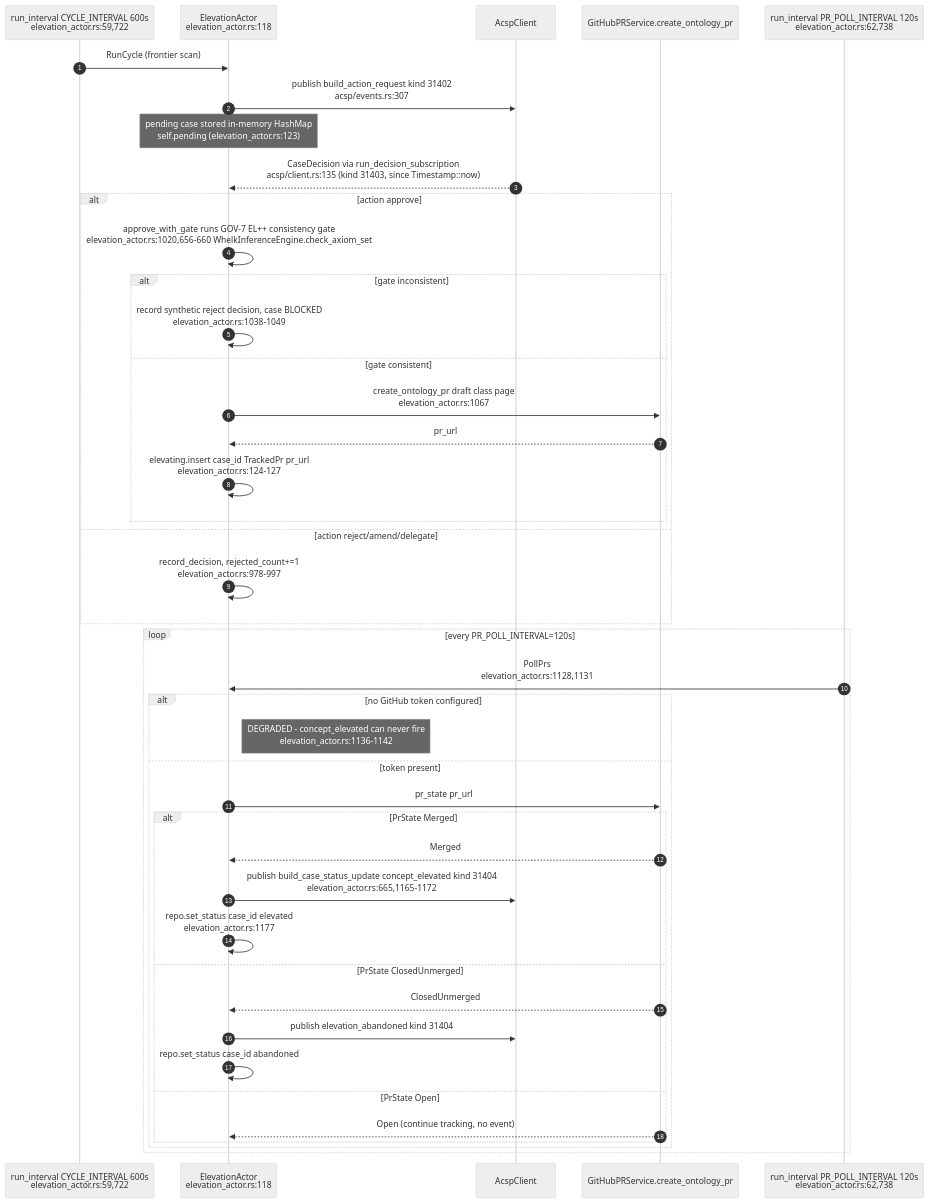
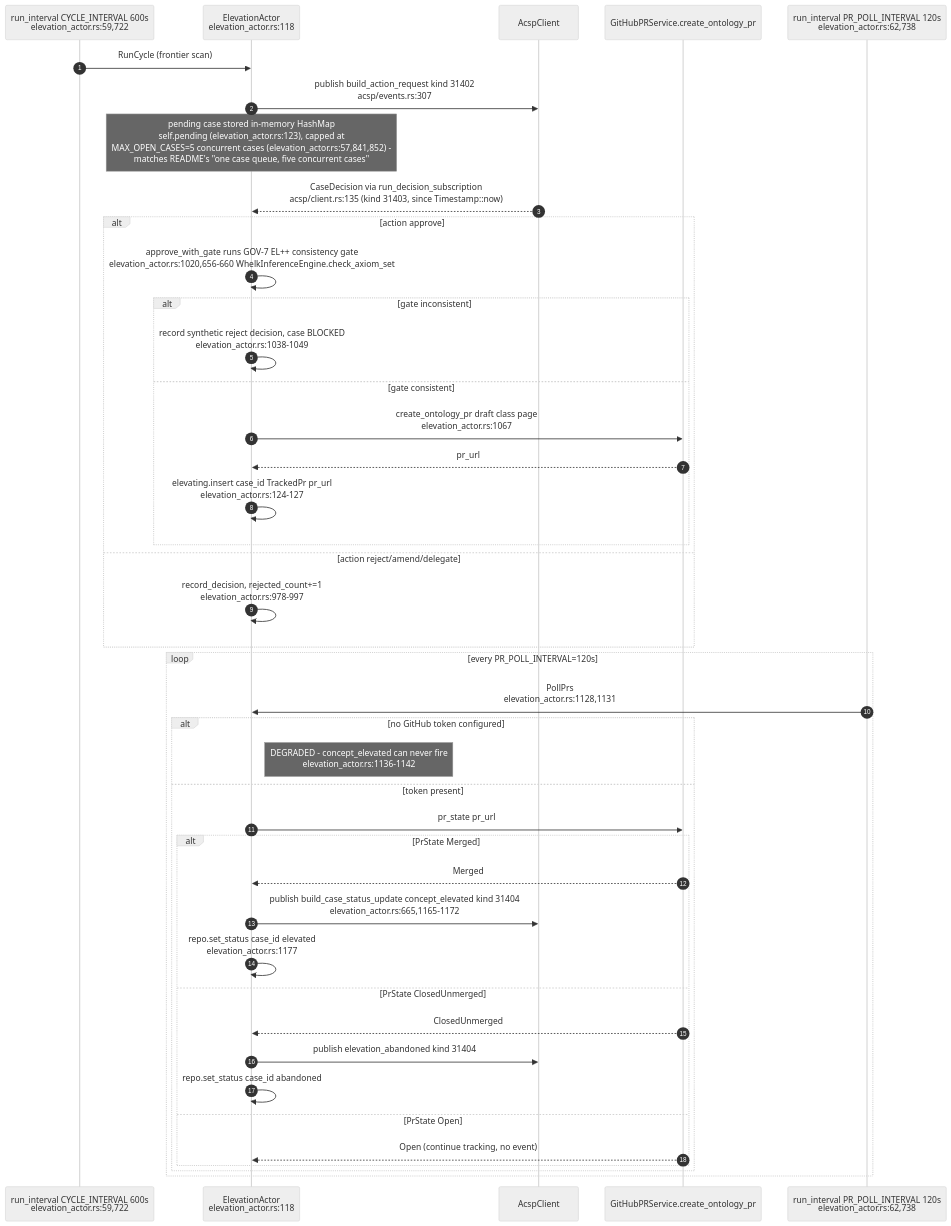
The fourth of 11 diagrams in docs/diagrams/visionclaw/24-acsp-decision-elevation.md (DreamLab-AI/VisionFlow), drawn with Mermaid (neutral theme) before and after one commit. The commit also changed other lines of this file and 185 other files, not shown here.

Commit message:
docs(estate): reconcile diagrams and ADRs with source and define closeout sprint

````diff
--- a/docs/diagrams/visionclaw/24-acsp-decision-elevation.md
+++ b/docs/diagrams/visionclaw/24-acsp-decision-elevation.md
@@ -140,44 +141,44 @@
 ```mermaid
 sequenceDiagram
     autonumber
     participant CYCLE as run_interval CYCLE_INTERVAL 600s<br/>elevation_actor.rs:59,722
     participant EA as ElevationActor<br/>elevation_actor.rs:118
     participant ACSP as AcspClient
     participant GH as GitHubPRService.create_ontology_pr
     participant POLL as run_interval PR_POLL_INTERVAL 120s<br/>elevation_actor.rs:62,738
     CYCLE->>EA: RunCycle (frontier scan)
     EA->>ACSP: publish build_action_request kind 31402<br/>acsp/events.rs:307
-    Note over EA: pending case stored in-memory HashMap<br/>self.pending (elevation_actor.rs:123)
+    Note over EA: pending case stored in-memory HashMap<br/>self.pending (elevation_actor.rs:123), capped at<br/>MAX_OPEN_CASES=5 concurrent cases (elevation_actor.rs:57,841,852) -<br/>matches README's "one case queue, five concurrent cases"
     ACSP-->>EA: CaseDecision via run_decision_subscription<br/>acsp/client.rs:135 (kind 31403, since Timestamp::now)
     alt action approve
         EA->>EA: approve_with_gate runs GOV-7 EL++ consistency gate<br/>elevation_actor.rs:1020,656-660 WhelkInferenceEngine.check_axiom_set
         alt gate inconsistent
             EA->>EA: record synthetic reject decision, case BLOCKED<br/>elevation_actor.rs:1038-1049
         else gate consistent
             EA->>GH: create_ontology_pr draft class page<br/>elevation_actor.rs:1067
             GH-->>EA: pr_url
             EA->>EA: elevating.insert case_id TrackedPr pr_url<br/>elevation_actor.rs:124-127
         end
     else action reject/amend/delegate
         EA->>EA: record_decision, rejected_count+=1<br/>elevation_actor.rs:978-997
     end
     loop every PR_POLL_INTERVAL=120s
         POLL->>EA: PollPrs<br/>elevation_actor.rs:1128,1131
         alt no GitHub token configured
             Note right of EA: DEGRADED - concept_elevated can never fire<br/>elevation_actor.rs:1136-1142
         else token present
             EA->>GH: pr_state pr_url
             alt PrState Merged
                 GH-->>EA: Merged
                 EA->>ACSP: publish build_case_status_update concept_elevated kind 31404<br/>elevation_actor.rs:665,1165-1172
                 EA->>EA: repo.set_status case_id elevated<br/>elevation_actor.rs:1177
             else PrState ClosedUnmerged
                 GH-->>EA: ClosedUnmerged
                 EA->>ACSP: publish elevation_abandoned kind 31404
                 EA->>EA: repo.set_status case_id abandoned
             else PrState Open
                 GH-->>EA: Open (continue tracking, no event)
             end
         end
     end
 ```
````
